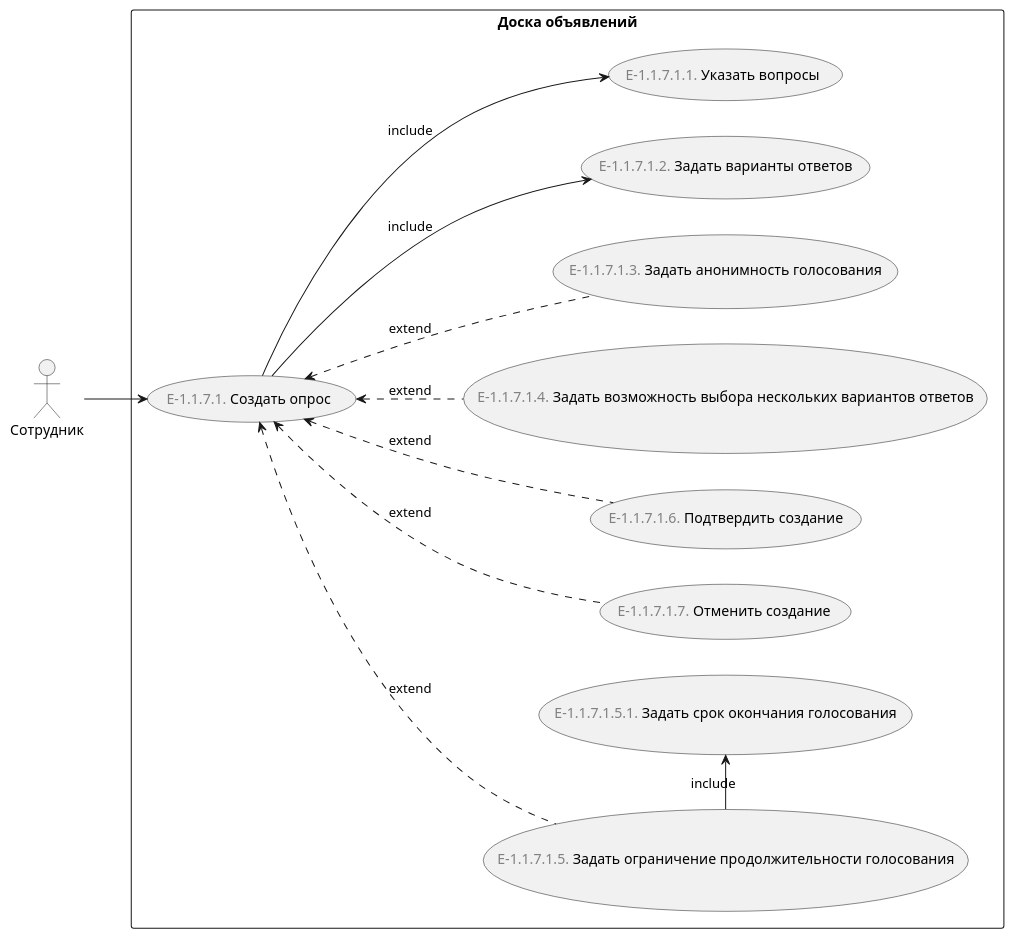
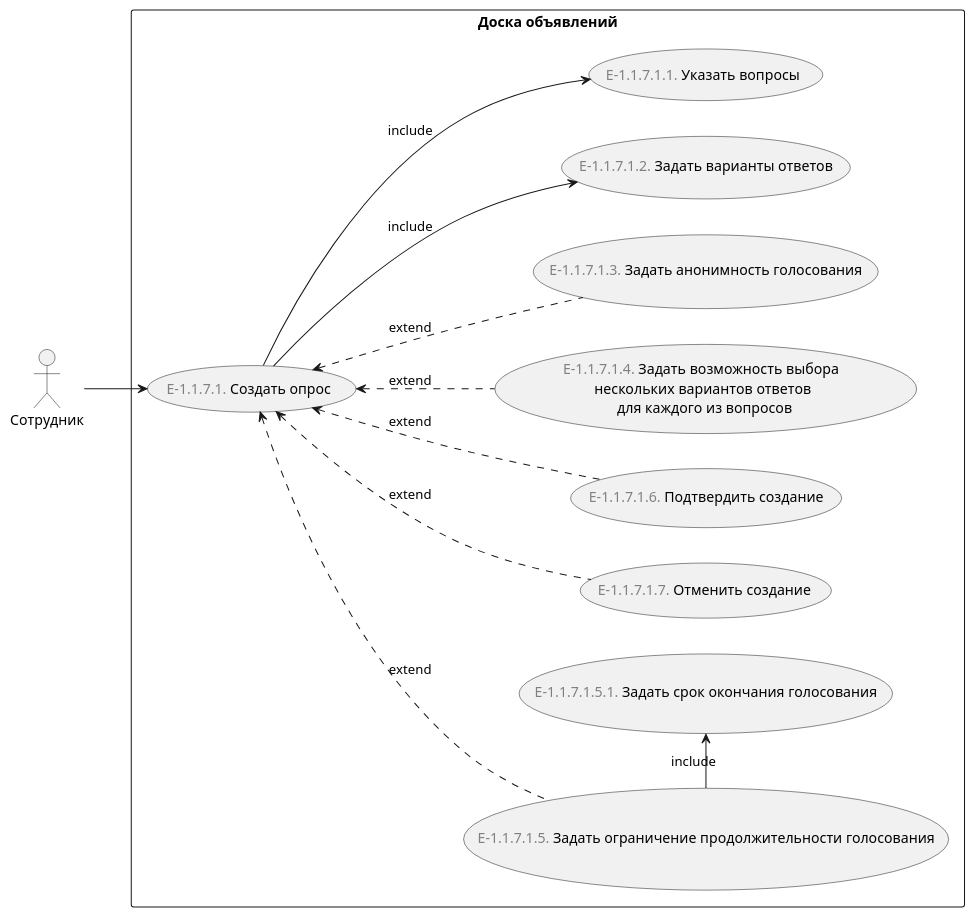
One commit to astu-app/ASTU-Bulletin-Board-Server changed the diagram in doc/Диаграммы/use case/create_survey.puml. Above: the diagram before and after it, drawn with PlantUML. The commit also changed 4 other files, not shown here.

Commit message:
1. Объявление публикуется не для групп пользователей, а для пользователей 2. Объявление и опрос теперь содержат размер аудитории 3. Множественный выбор переносится вниз - на уровень вопроса 4. Другие мелкие правки в описании вариантов использования 5. Временно добавил старый файл с типами объявлений

```diff
--- a/doc/Диаграммы/use case/create_survey.puml
+++ b/doc/Диаграммы/use case/create_survey.puml
@@ -1,26 +1,26 @@
 @startuml
 'https://plantuml.com/use-case-diagram
 
 left to right direction
 
 :Сотрудник: as employee
 
 rectangle "Доска объявлений" {
     (<font color="gray">E-1.1.7.1.</font> Создать опрос) as create_survey
     (<font color="gray">E-1.1.7.1.5.</font> Задать ограничение продолжительности голосования) as make_voting_duration_limited
 
     employee --> create_survey 
     
     create_survey <.. (<font color="gray">E-1.1.7.1.7.</font> Отменить создание) : extend
     create_survey <.. (<font color="gray">E-1.1.7.1.6.</font> Подтвердить создание) : extend
     
     create_survey <.. make_voting_duration_limited : extend 
-    create_survey <.. (<font color="gray">E-1.1.7.1.4.</font> Задать возможность выбора нескольких вариантов ответов) : extend
+    create_survey <.. (<font color="gray">E-1.1.7.1.4.</font> Задать возможность выбора \n нескольких вариантов ответов \n для каждого из вопросов) : extend
     create_survey <.. (<font color="gray">E-1.1.7.1.3.</font> Задать анонимность голосования) : extend
     create_survey --> (<font color="gray">E-1.1.7.1.2.</font> Задать варианты ответов) : include
     create_survey --> (<font color="gray">E-1.1.7.1.1.</font> Указать вопросы) : include
     
     make_voting_duration_limited -right-> (<font color="gray">E-1.1.7.1.5.1.</font> Задать срок окончания голосования) : include
 }
 
 @enduml
```
